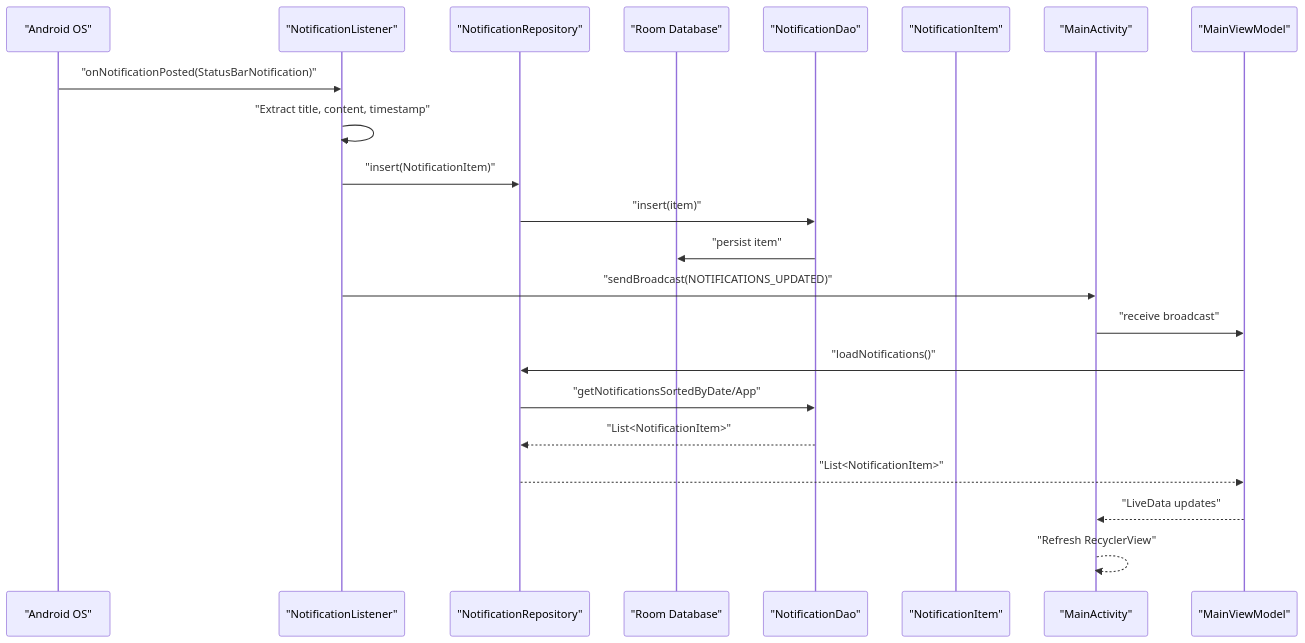
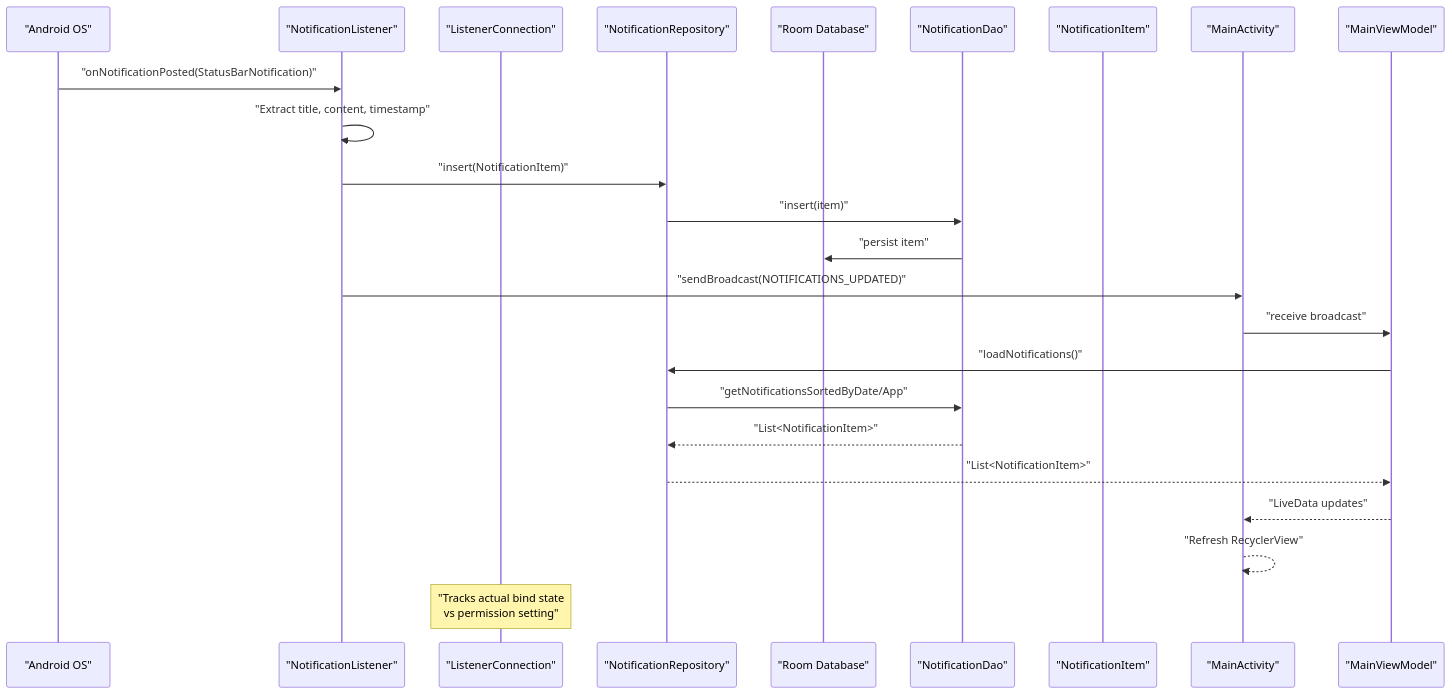
Before and after one commit to caldefoc/NotificationLog: the second of 9 diagrams in .qoder/repowiki/en/content/API Reference/Service API.md, drawn with Mermaid. The commit also changed other lines of this file and 13 other files, not shown here.

````diff
--- a/.qoder/repowiki/en/content/API Reference/Service API.md
+++ b/.qoder/repowiki/en/content/API Reference/Service API.md
@@ -111,24 +134,26 @@
 ```mermaid
 sequenceDiagram
 participant OS as "Android OS"
 participant Service as "NotificationListener"
+participant Conn as "ListenerConnection"
 participant Repo as "NotificationRepository"
 participant DB as "Room Database"
 participant DAO as "NotificationDao"
 participant Item as "NotificationItem"
 participant UI as "MainActivity"
 participant VM as "MainViewModel"
 OS->>Service : "onNotificationPosted(StatusBarNotification)"
 Service->>Service : "Extract title, content, timestamp"
 Service->>Repo : "insert(NotificationItem)"
 Repo->>DAO : "insert(item)"
 DAO->>DB : "persist item"
 Service->>UI : "sendBroadcast(NOTIFICATIONS_UPDATED)"
 UI->>VM : "receive broadcast"
 VM->>Repo : "loadNotifications()"
 Repo->>DAO : "getNotificationsSortedByDate/App"
 DAO-->>Repo : "List<NotificationItem>"
 Repo-->>VM : "List<NotificationItem>"
 VM-->>UI : "LiveData updates"
 UI-->>UI : "Refresh RecyclerView"
+Note over Conn : "Tracks actual bind state<br/>vs permission setting"
 ```
````
